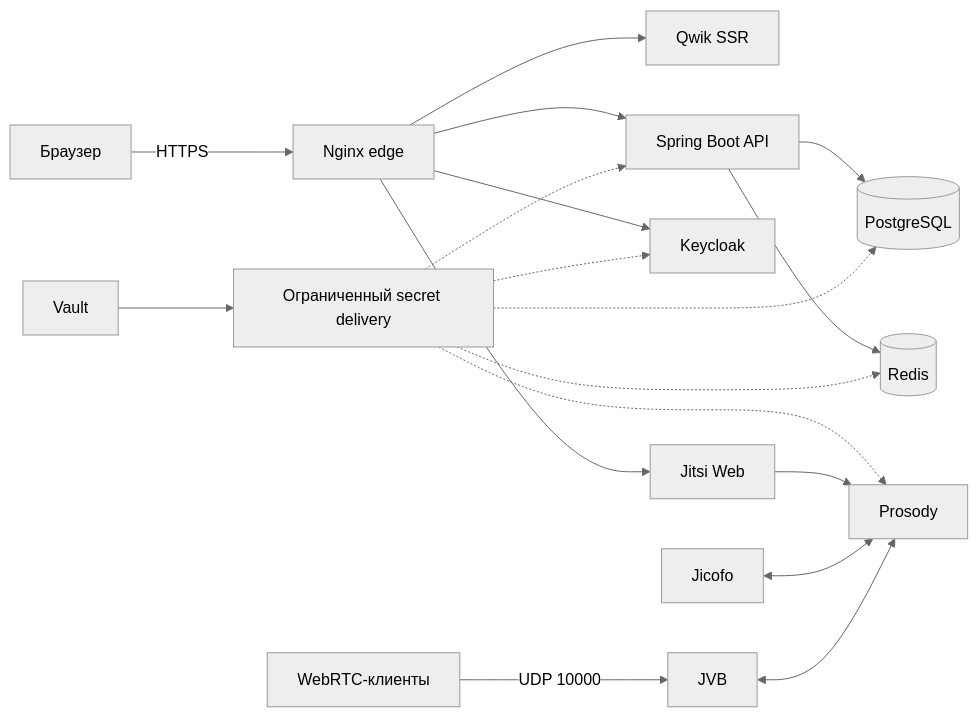
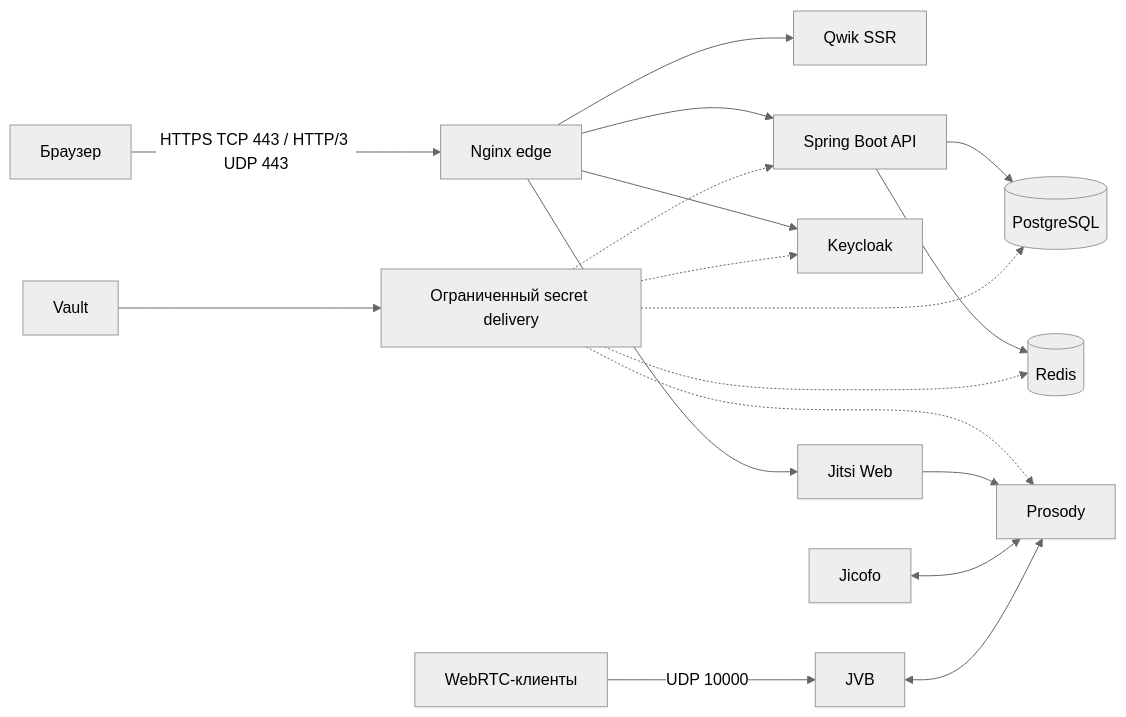
Before and after one commit to tnag700/custom-jitsi-portal: the diagram in README.md, drawn with Mermaid (neutral theme). The commit also changed other lines of this file and 11 other files, not shown here.

````diff
--- a/README.md
+++ b/README.md
@@ -20,22 +20,22 @@
 ```mermaid
 flowchart LR
-    browser["Браузер"] -->|HTTPS| edge["Nginx edge"]
+    browser["Браузер"] -->|HTTPS TCP 443 / HTTP/3 UDP 443| edge["Nginx edge"]
     edge --> frontend["Qwik SSR"]
     edge --> backend["Spring Boot API"]
     edge --> keycloak["Keycloak"]
     edge --> web["Jitsi Web"]
 
     backend --> postgres[(PostgreSQL)]
     backend --> redis[(Redis)]
     vault["Vault"] --> delivery["Ограниченный secret delivery"]
     delivery -.-> backend
     delivery -.-> keycloak
     delivery -.-> postgres
     delivery -.-> redis
     delivery -.-> prosody
 
     web --> prosody["Prosody"]
     jicofo["Jicofo"] <--> prosody
     jvb["JVB"] <--> prosody
     media["WebRTC-клиенты"] -->|UDP 10000| jvb
 ```
````
